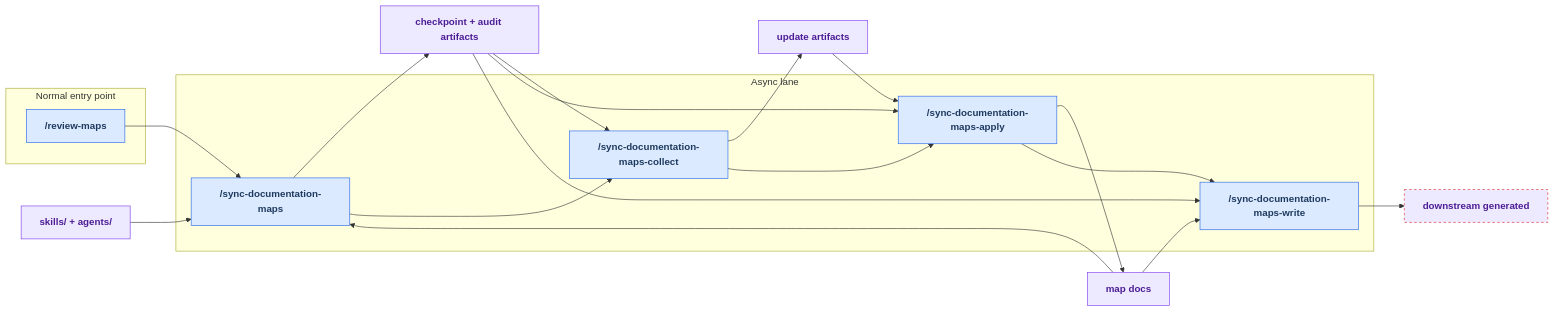
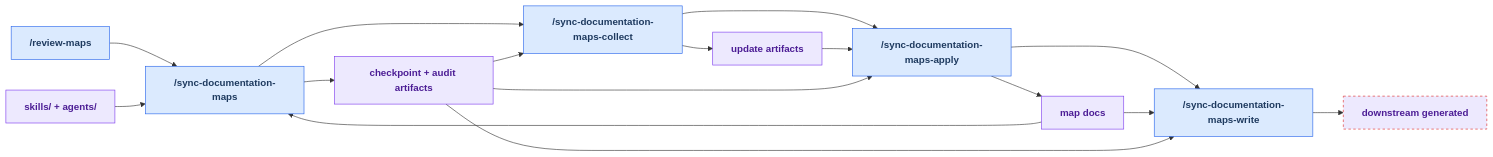
One commit to russell-laing/al-dev-shared changed the second of 6 diagrams in docs/maintainer-tooling.md. Above: the diagram before and after it, drawn with Mermaid. The commit also changed other lines of this file and 5 other files, not shown here.

````diff
--- a/docs/maintainer-tooling.md
+++ b/docs/maintainer-tooling.md
@@ -147,50 +154,46 @@
 ```mermaid
 flowchart LR
     classDef userSkill fill:#dbeafe,stroke:#2563eb,color:#1e3a5f,font-weight:bold
     classDef internalSkill fill:#f3f4f6,stroke:#6b7280,color:#374151,stroke-dasharray:5 5,font-weight:bold
     classDef artifact fill:#ede9fe,stroke:#7c3aed,color:#4c1d95,font-weight:bold
     classDef orphanArtifact fill:#ede9fe,stroke:#dc2626,color:#4c1d95,stroke-dasharray:4 4,font-weight:bold
     classDef manualStep fill:#fef3c7,stroke:#d97706,color:#78350f,font-weight:bold
 
-    subgraph map_entry["Normal entry point"]
-        skill_review_maps["/review-maps"]
-    end
-    subgraph map_async["Async lane"]
-        skill_sync_documentation_maps["/sync-documentation-maps"]
-        skill_sync_documentation_maps_collect["/sync-documentation-maps-collect"]
-        skill_sync_documentation_maps_apply["/sync-documentation-maps-apply"]
-        skill_sync_documentation_maps_write["/sync-documentation-maps-write"]
-    end
+    skill_review_maps["/review-maps"]
+    skill_sync_documentation_maps["/sync-documentation-maps"]
+    skill_sync_documentation_maps_collect["/sync-documentation-maps-collect"]
+    skill_sync_documentation_maps_apply["/sync-documentation-maps-apply"]
+    skill_sync_documentation_maps_write["/sync-documentation-maps-write"]
     art_source_dirs["skills/ + agents/"]
     art_map_docs["map docs"]
     art_async_checkpoint["checkpoint + audit artifacts"]
     art_update_artifacts["update artifacts"]
     art_downstream_generated["downstream generated"]
 
     skill_review_maps --> skill_sync_documentation_maps
     art_source_dirs --> skill_sync_documentation_maps
     art_map_docs --> skill_sync_documentation_maps
     skill_sync_documentation_maps --> art_async_checkpoint
     skill_sync_documentation_maps --> skill_sync_documentation_maps_collect
     art_async_checkpoint --> skill_sync_documentation_maps_collect
     skill_sync_documentation_maps_collect --> art_update_artifacts
     skill_sync_documentation_maps_collect --> skill_sync_documentation_maps_apply
     art_update_artifacts --> skill_sync_documentation_maps_apply
     art_async_checkpoint --> skill_sync_documentation_maps_apply
     skill_sync_documentation_maps_apply --> art_map_docs
     skill_sync_documentation_maps_apply --> skill_sync_documentation_maps_write
     art_map_docs --> skill_sync_documentation_maps_write
     art_async_checkpoint --> skill_sync_documentation_maps_write
     skill_sync_documentation_maps_write --> art_downstream_generated
 
     class skill_review_maps userSkill
     class skill_sync_documentation_maps userSkill
     class skill_sync_documentation_maps_collect userSkill
     class skill_sync_documentation_maps_apply userSkill
     class skill_sync_documentation_maps_write userSkill
     class art_source_dirs artifact
     class art_map_docs artifact
     class art_async_checkpoint artifact
     class art_update_artifacts artifact
     class art_downstream_generated orphanArtifact
 ```
````
